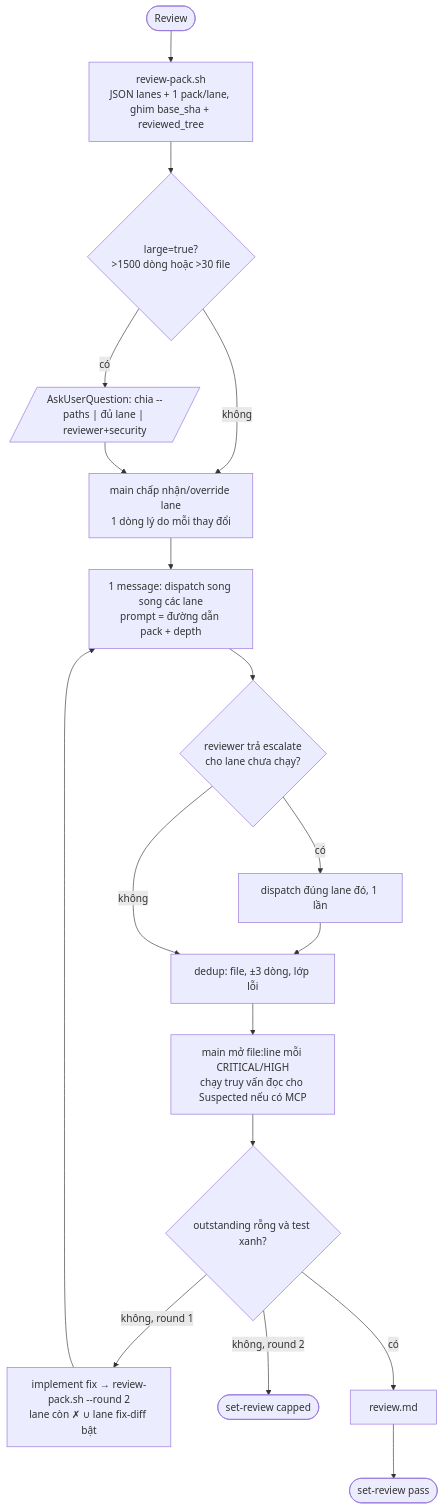
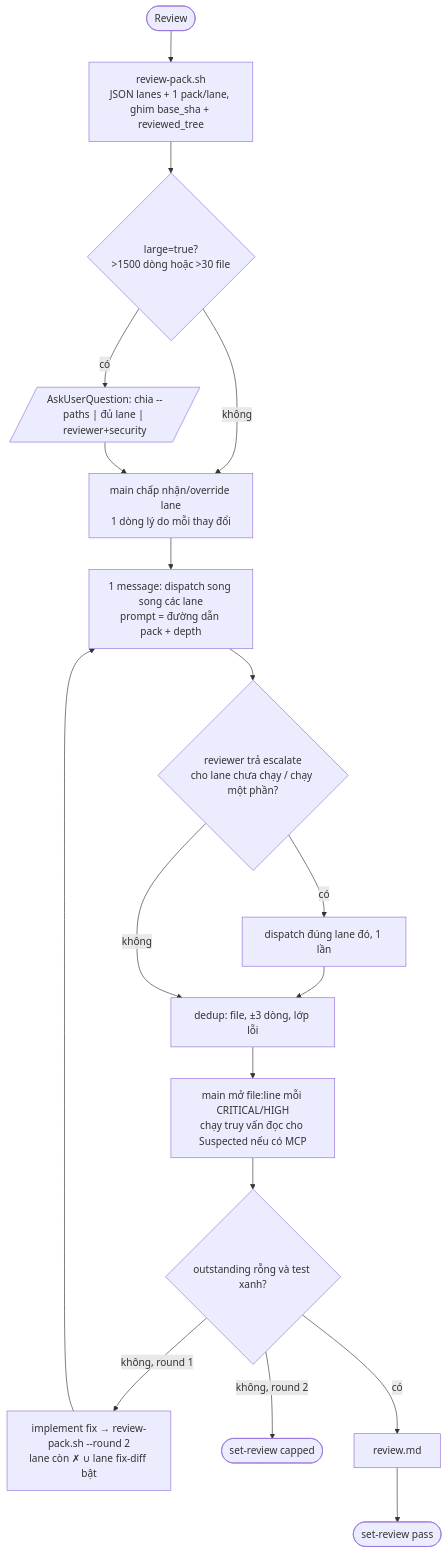
The diagram in .claude/docs/v0.12/08-review.md (taipt1504/claudehut), drawn with Mermaid before and after one commit. The commit also changed other lines of this file and 297 other files, not shown here.

````diff
--- a/.claude/docs/v0.12/08-review.md
+++ b/.claude/docs/v0.12/08-review.md
@@ -25,17 +25,17 @@
 ```mermaid
 flowchart TB
   s(["Review"]) --> pk["review-pack.sh<br/>JSON lanes + 1 pack/lane, ghim base_sha + reviewed_tree"]
   pk --> big{"large=true?<br/>#gt;1500 dòng hoặc #gt;30 file"}
   big -- có --> ask[/"AskUserQuestion: chia --paths | đủ lane | reviewer+security"/]
   big -- không --> sel["main chấp nhận/override lane<br/>1 dòng lý do mỗi thay đổi"]
   ask --> sel
   sel --> fan["1 message: dispatch song song các lane<br/>prompt = đường dẫn pack + depth"]
-  fan --> esc{"reviewer trả escalate<br/>cho lane chưa chạy?"}
+  fan --> esc{"reviewer trả escalate<br/>cho lane chưa chạy / chạy một phần?"}
   esc -- có --> add["dispatch đúng lane đó, 1 lần"] --> ded
   esc -- không --> ded["dedup: file, ±3 dòng, lớp lỗi"]
   ded --> ver["main mở file:line mỗi CRITICAL/HIGH<br/>chạy truy vấn đọc cho Suspected nếu có MCP"]
   ver --> ok{"outstanding rỗng và test xanh?"}
   ok -- "không, round 1" --> fix["implement fix → review-pack.sh --round 2<br/>lane còn ✗ ∪ lane fix-diff bật"] --> fan
   ok -- "không, round 2" --> cap(["set-review capped"])
   ok -- có --> rec["review.md"] --> pass(["set-review pass"])
 ```
````
